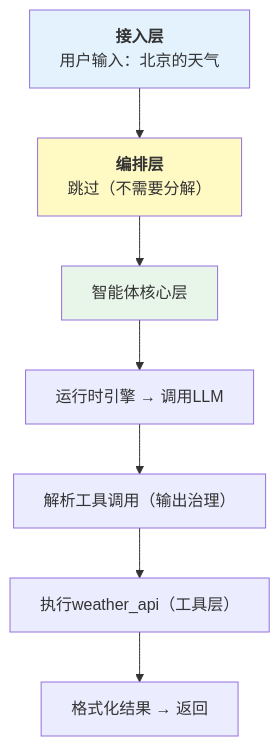
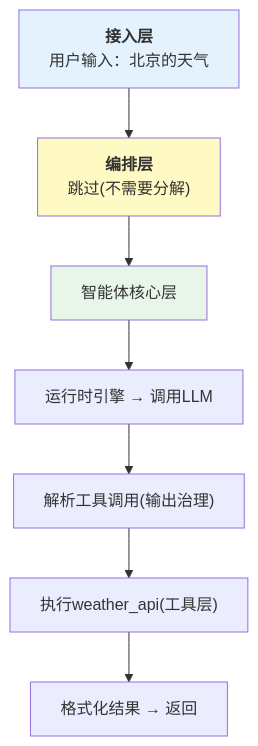
Before and after one commit to yeasy/harness_engineering_guide: the third of 5 diagrams in 02_architecture/2.1_reference_architecture.md, drawn with Mermaid. The commit also changed other lines of this file and 2 other files, not shown here.

Commit message:
Fix figure numbering in Ch2 and Ch7

````diff
--- a/02_architecture/2.1_reference_architecture.md
+++ b/02_architecture/2.1_reference_architecture.md
@@ -384,13 +384,13 @@
 ```mermaid
 flowchart TD
-    A["<b>接入层</b><br/>用户输入：北京的天气"] --> B["<b>编排层</b><br/>跳过（不需要分解）"]
+    A["<b>接入层</b><br/>用户输入：北京的天气"] --> B["<b>编排层</b><br/>跳过(不需要分解)"]
     B --> C["智能体核心层"]
     C --> D["运行时引擎 → 调用LLM"]
-    D --> E["解析工具调用（输出治理）"]
-    E --> F["执行weather_api（工具层）"]
+    D --> E["解析工具调用(输出治理)"]
+    E --> F["执行weather_api(工具层)"]
     F --> G["格式化结果 → 返回"]
 
     style A fill:#e3f2fd
     style B fill:#fff9c4
     style C fill:#e8f5e9
 ```
````
